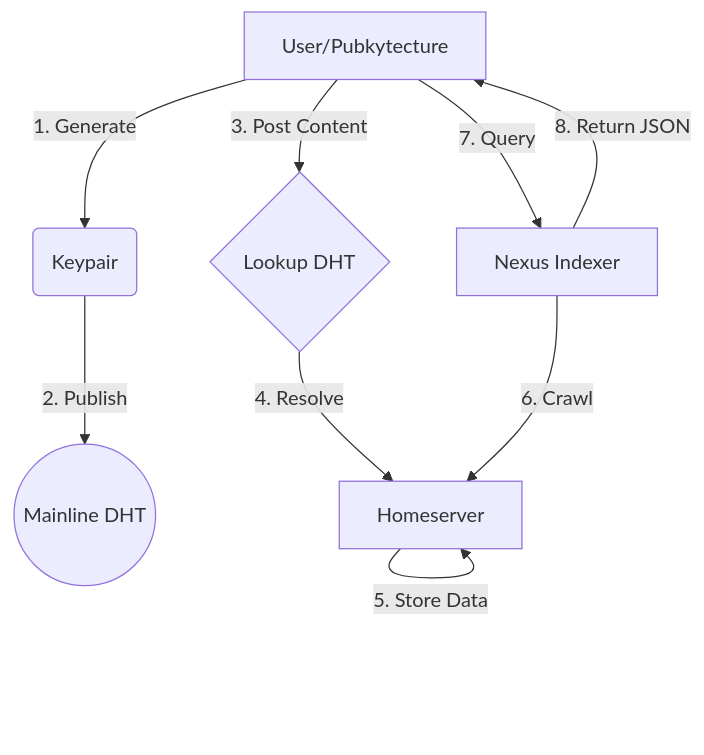
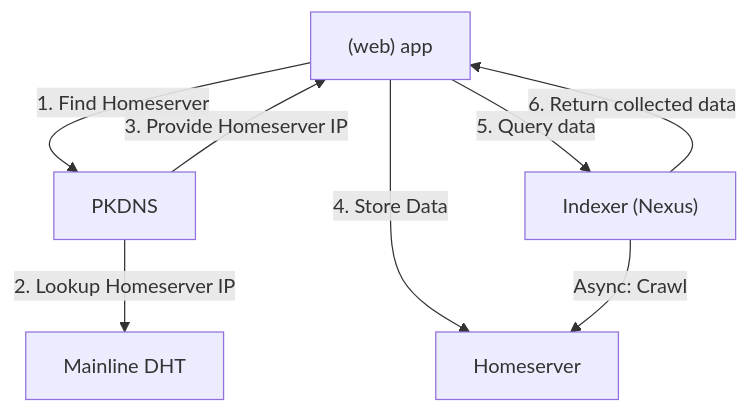
One commit to gcomte/pubkytecture changed the second of 2 diagrams in README.md. Above: the diagram before and after it, drawn with Mermaid. The commit also changed other lines of this file, not shown here.

````diff
--- a/README.md
+++ b/README.md
@@ -56,11 +67,10 @@
 ```mermaid
 graph TD
-    A[User/Pubkytecture] -->|1. Generate| B(Keypair)
-    B -->|2. Publish| C((Mainline DHT))
-    A -->|3. Post Content| D{Lookup DHT}
-    D -->|4. Resolve| E[Homeserver]
-    E -->|5. Store Data| E
-    F[Nexus Indexer] -->|6. Crawl| E
-    A -->|7. Query| F
-    F -->|8. Return JSON| A
+    A["(web) app"] -->|1. Find Homeserver| B[PKDNS]
+    B -->|2. Lookup Homeserver IP| C[Mainline DHT]
+    B -->|3. Provide Homeserver IP| A
+    A --> |4. Store Data| E[Homeserver]
+    D["Indexer (Nexus)"] -->|Async: Crawl| E
+    A -->|5. Query data| D
+    D -->|6. Return collected data| A
 ```
````
